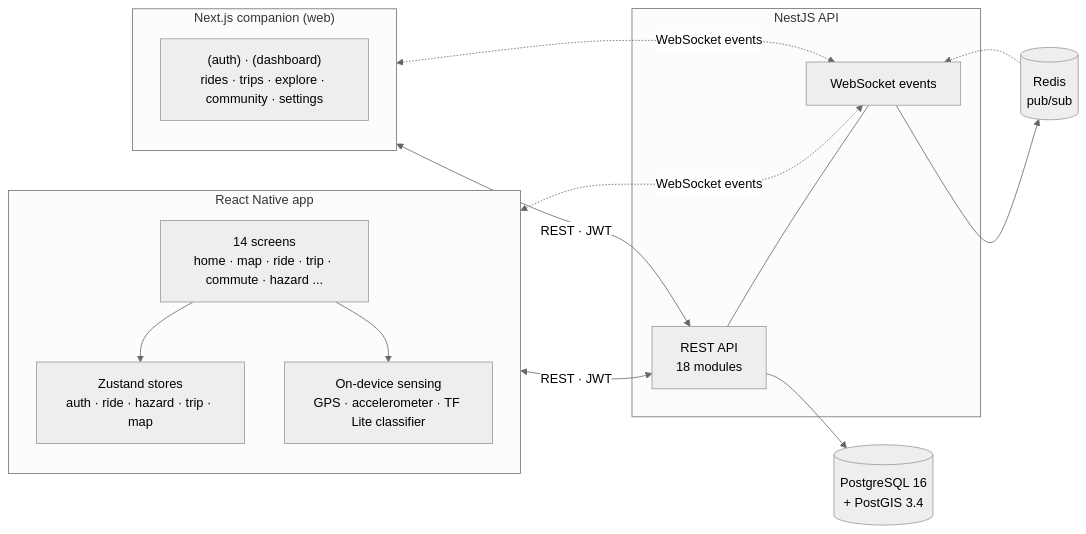
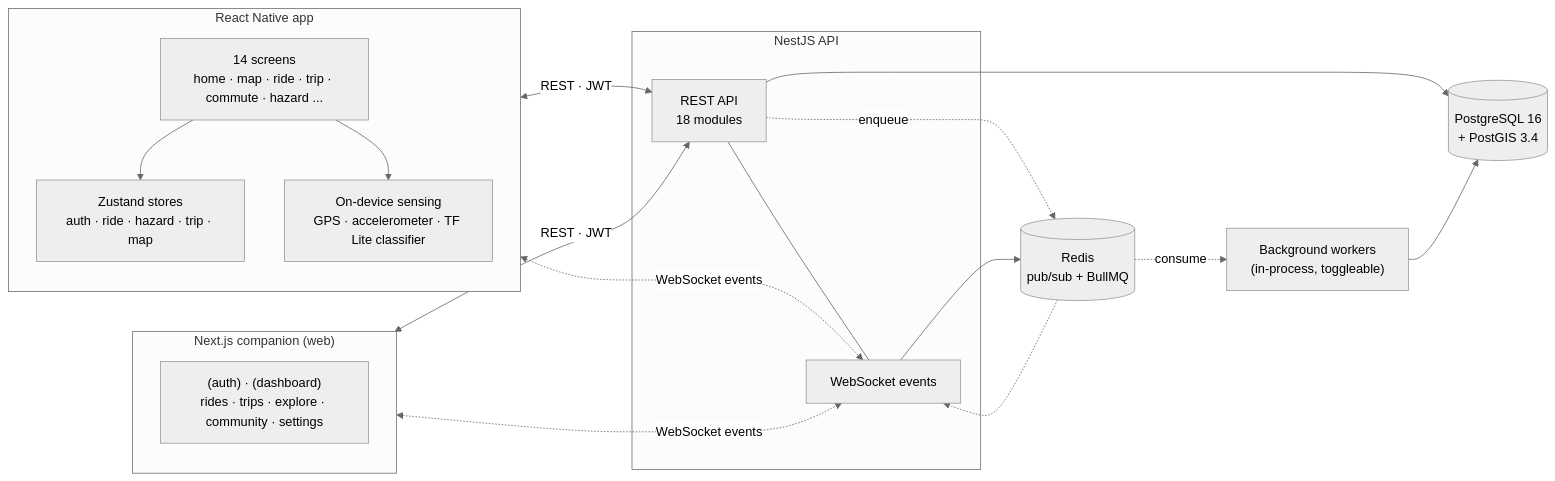
The diagram in docs/reference/architecture.md (Studio81Labs/tarmoto), drawn with Mermaid (neutral theme) before and after one commit. The commit also changed other lines of this file and 37 other files, not shown here.

````diff
--- a/docs/reference/architecture.md
+++ b/docs/reference/architecture.md
@@ -7,31 +7,35 @@
 ```mermaid
 flowchart LR
   subgraph Mobile["React Native app"]
     Screens["14 screens<br/>home · map · ride · trip · commute · hazard ..."]
     Stores["Zustand stores<br/>auth · ride · hazard · trip · map"]
     Sensor["On-device sensing<br/>GPS · accelerometer · TF Lite classifier"]
     Screens --> Stores
     Screens --> Sensor
   end
 
   subgraph Companion["Next.js companion (web)"]
     AppDir["(auth) · (dashboard)<br/>rides · trips · explore · community · settings"]
   end
 
   subgraph Backend["NestJS API"]
     REST["REST API<br/>18 modules"]
     WS["WebSocket events"]
     REST --- WS
   end
 
   PG[("PostgreSQL 16<br/>+ PostGIS 3.4")]
-  Redis[("Redis<br/>pub/sub")]
+  Redis[("Redis<br/>pub/sub + BullMQ")]
+  Jobs["Background workers<br/>(in-process, toggleable)"]
 
   Mobile <-->|REST · JWT| REST
   Companion <-->|REST · JWT| REST
   Mobile <-.->|WebSocket events| WS
   Companion <-.->|WebSocket events| WS
   REST --> PG
+  REST -.->|enqueue| Redis
   WS --> Redis
   Redis -.-> WS
+  Redis -.->|consume| Jobs
+  Jobs --> PG
 ```
````
